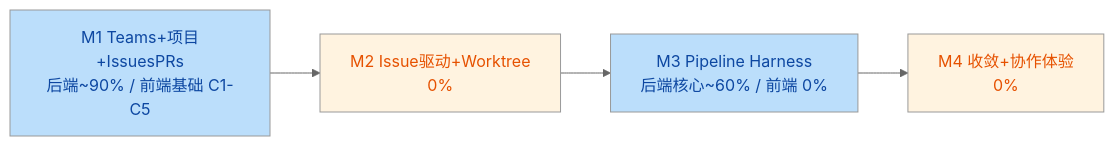
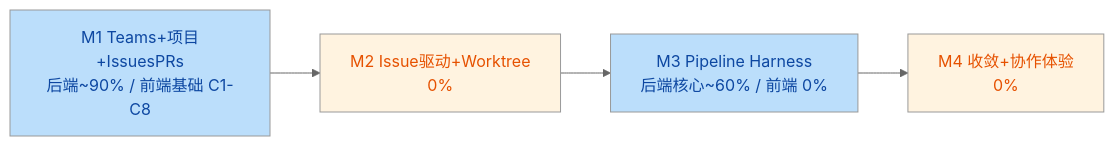
The diagram in docs/team-collaboration/PROGRESS.md (DarwinWDEWEN/rx-cli), drawn with Mermaid (neutral theme) before and after one commit. The commit also changed other lines of this file and 7 other files, not shown here.

````diff
--- a/docs/team-collaboration/PROGRESS.md
+++ b/docs/team-collaboration/PROGRESS.md
@@ -10,10 +10,10 @@
 ```mermaid
 flowchart LR
-    M1[M1 Teams+项目+IssuesPRs<br/>后端~90% / 前端基础 C1-C5] --> M2[M2 Issue驱动+Worktree<br/>0%]
+    M1[M1 Teams+项目+IssuesPRs<br/>后端~90% / 前端基础 C1-C8] --> M2[M2 Issue驱动+Worktree<br/>0%]
     M2 --> M3[M3 Pipeline Harness<br/>后端核心~60% / 前端 0%]
     M3 --> M4[M4 收敛+协作体验<br/>0%]
     style M1 fill:#bbdefb,color:#0d47a1
     style M2 fill:#fff3e0,color:#e65100
     style M3 fill:#bbdefb,color:#0d47a1
     style M4 fill:#fff3e0,color:#e65100
 ```
````
